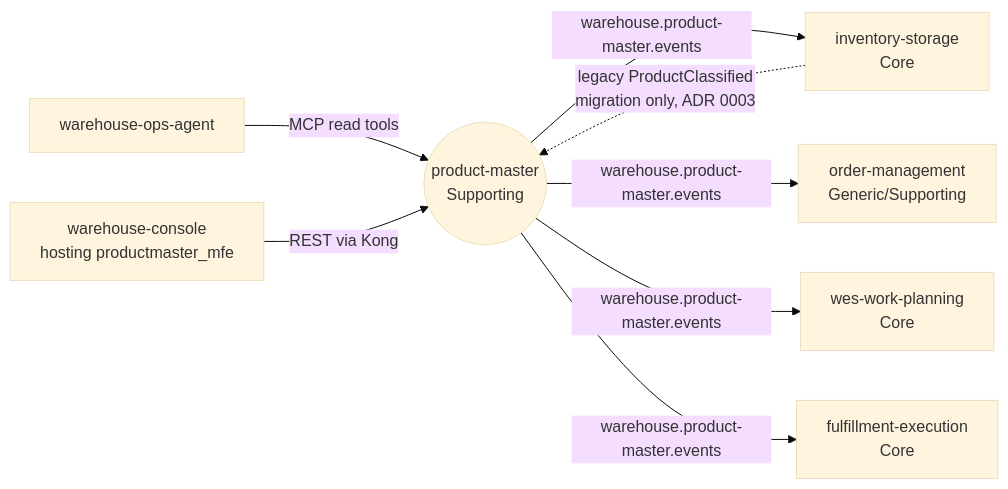
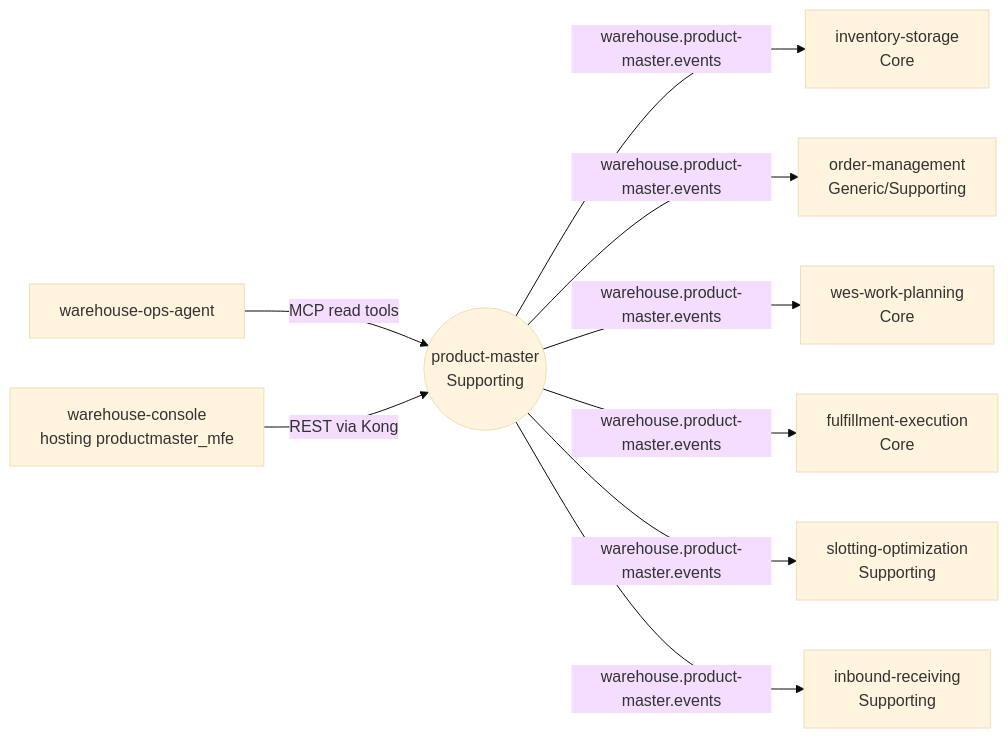
One commit to IQVO/product-master changed the diagram in docs/docs/overview/context.md. Above: the diagram before and after it, drawn with Mermaid (base theme). The commit also changed other lines of this file and 6 other files, not shown here.

````diff
--- a/docs/docs/overview/context.md
+++ b/docs/docs/overview/context.md
@@ -26,18 +26,21 @@
 ```mermaid
 flowchart LR
   PM(("product-master<br/>Supporting"))
   INV["inventory-storage<br/>Core"]
   OM["order-management<br/>Generic/Supporting"]
   WWP["wes-work-planning<br/>Core"]
   FE["fulfillment-execution<br/>Core"]
+  SO["slotting-optimization<br/>Supporting"]
+  IR["inbound-receiving<br/>Supporting"]
   OPS["warehouse-ops-agent"]
   CON["warehouse-console<br/>hosting productmaster_mfe"]
 
-  INV -. "legacy ProductClassified<br/>migration only, ADR 0003" .-> PM
   PM -- "warehouse.product-master.events" --> INV
   PM -- "warehouse.product-master.events" --> OM
   PM -- "warehouse.product-master.events" --> WWP
   PM -- "warehouse.product-master.events" --> FE
+  PM -- "warehouse.product-master.events" --> SO
+  PM -- "warehouse.product-master.events" --> IR
   OPS -- "MCP read tools" --> PM
   CON -- "REST via Kong" --> PM
 ```
````
